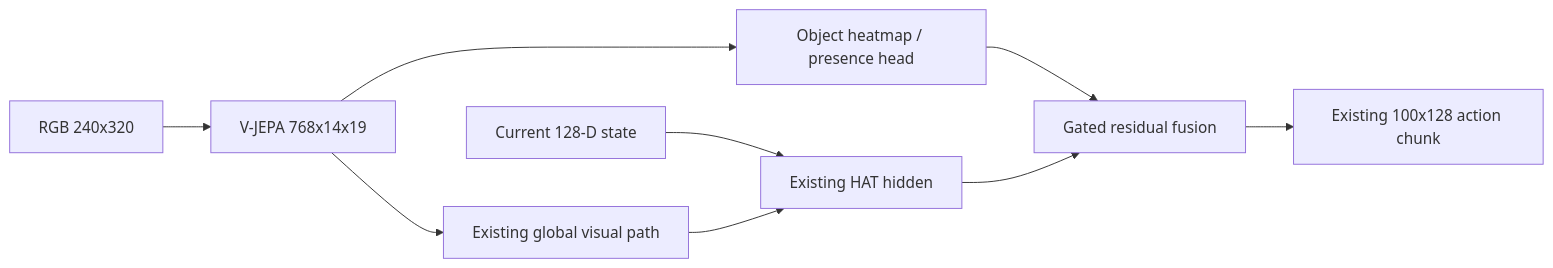
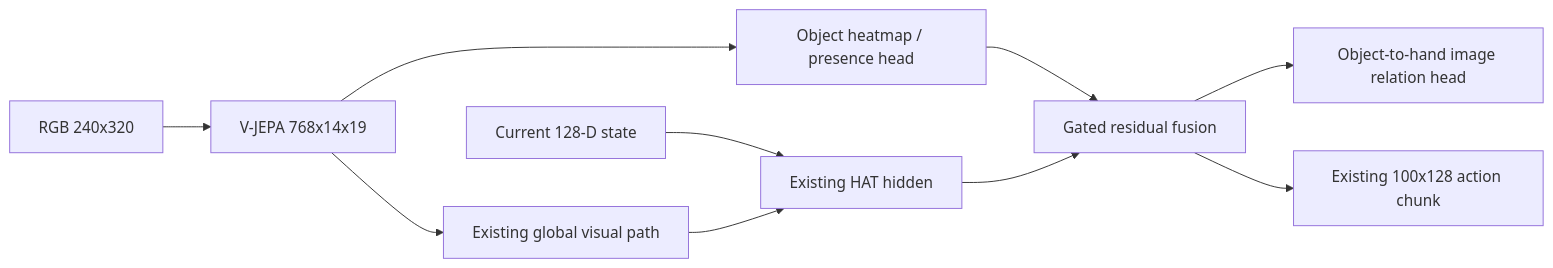
Before and after one commit to Arker01/human_policy: the diagram in object_transfer/AUDIT.md, drawn with Mermaid. The commit also changed other lines of this file and 1 other file, not shown here.

Commit message:
Document relation-aware training revision

```diff
--- a/object_transfer/AUDIT.md
+++ b/object_transfer/AUDIT.md
@@ -46,11 +47,12 @@
 ~~~mermaid
 flowchart LR
     RGB[RGB 240x320] --> V[V-JEPA 768x14x19]
     V --> G[Existing global visual path]
     V --> O[Object heatmap / presence head]
     State[Current 128-D state] --> H[Existing HAT hidden]
     G --> H
     O --> F[Gated residual fusion]
     H --> F
+    F --> R[Object-to-hand image relation head]
     F --> A[Existing 100x128 action chunk]
 ~~~
```
